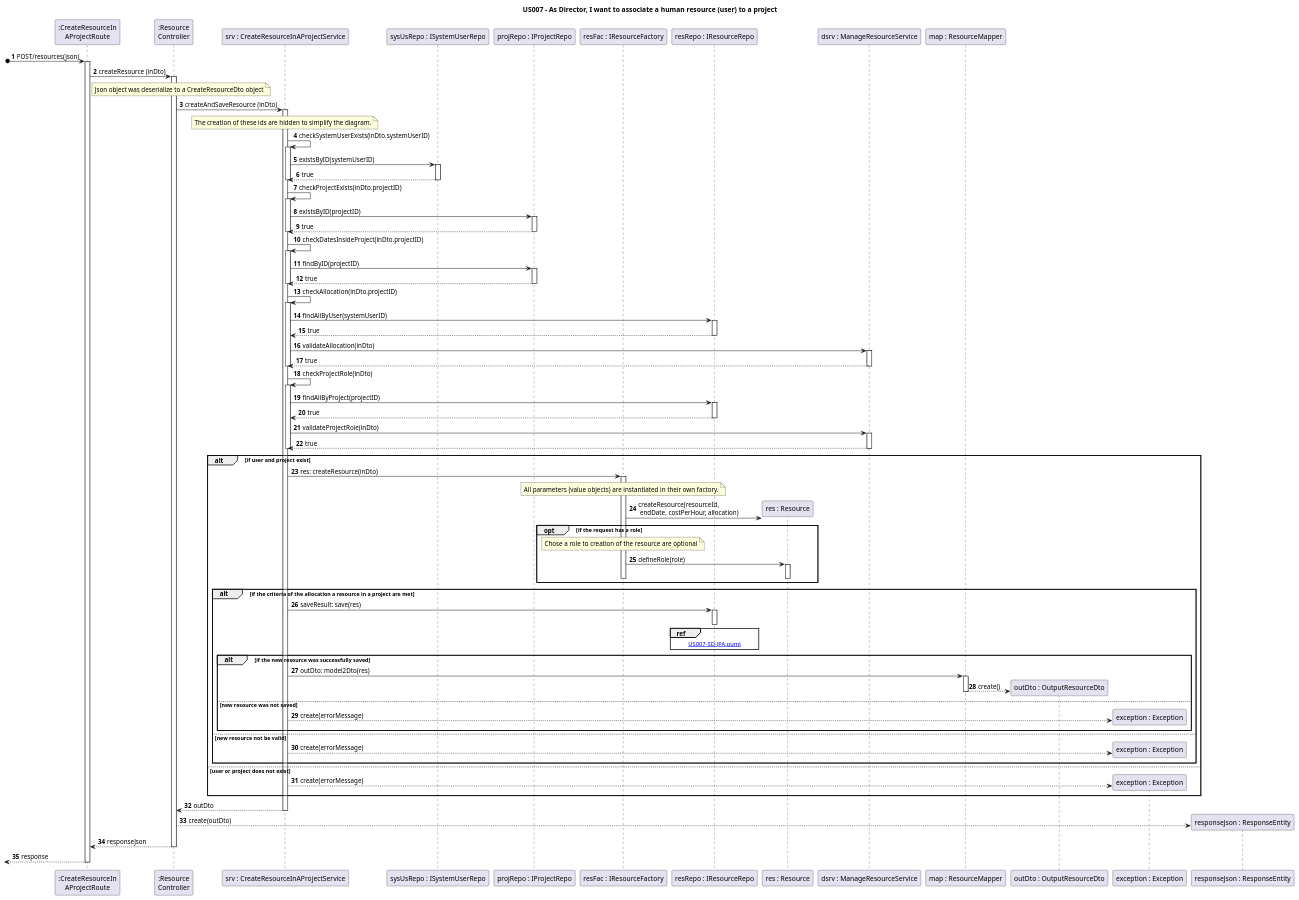
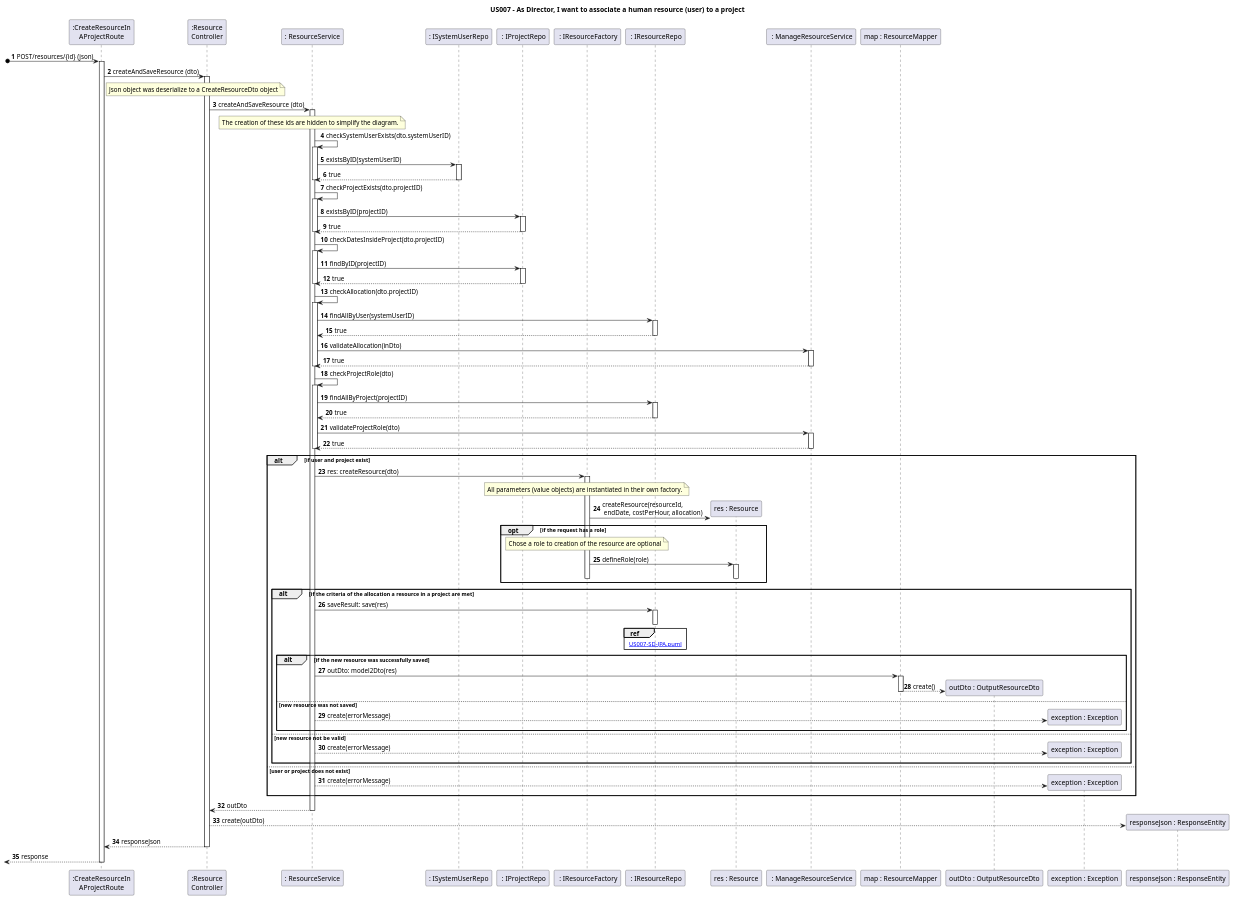
The diagram in docs/Sprint1/US007/US007-SD.puml (nunogon1211787/projectManagement), drawn with PlantUML before and after one commit. The commit also changed 4 other files, not shown here.

```diff
--- a/docs/Sprint1/US007/US007-SD.puml
+++ b/docs/Sprint1/US007/US007-SD.puml
@@ -1,90 +1,90 @@
 @startuml
 'https://plantuml.com/sequence-diagram
 
 title US007 - As Director, I want to associate a human resource (user) to a project
 
 autoactivate on
 autonumber
 
 participant ":CreateResourceIn\nAProjectRoute" as Route
 participant ":Resource\nController" as Ctrl
-participant "srv : CreateResourceInAProjectService" as srv
-participant "sysUsRepo : ISystemUserRepo" as systemUserStore
-participant "projRepo : IProjectRepo" as projectStore
-participant "resFac : IResourceFactory" as resourceFactory
-participant "resRepo : IResourceRepo" as resourceStore
+participant ": ResourceService" as srv
+participant ": ISystemUserRepo" as systemUserStore
+participant " : IProjectRepo" as projectStore
+participant " : IResourceFactory" as resourceFactory
+participant " : IResourceRepo" as resourceStore
 participant "res : Resource" as resource
-participant "dsrv : ManageResourceService" as domainService
+participant " : ManageResourceService" as domainService
 participant "map : ResourceMapper" as map
 participant "outDto : OutputResourceDto" as outDto
 participant "exception : Exception" as exc
 participant "responseJson : ResponseEntity" as json
 
-[o-> Route:  POST/resources(json)
-Route -> Ctrl: createResource (inDto)
+[o-> Route:  POST/resources/{id} (json)
+Route -> Ctrl: createAndSaveResource (dto)
 note right Route: Json object was deserialize to a CreateResourceDto object
-Ctrl -> srv: createAndSaveResource (inDto)
+Ctrl -> srv: createAndSaveResource (dto)
 
 note over srv : The creation of these ids are hidden to simplify the diagram.
-srv -> srv: checkSystemUserExists(inDto.systemUserID)
+srv -> srv: checkSystemUserExists(dto.systemUserID)
 srv -> systemUserStore: existsByID(systemUserID)
 systemUserStore --> srv: true
 deactivate srv
-srv -> srv: checkProjectExists(inDto.projectID)
+srv -> srv: checkProjectExists(dto.projectID)
 srv -> projectStore: existsByID(projectID)
 projectStore --> srv: true
 deactivate srv
-srv -> srv: checkDatesInsideProject(inDto.projectID)
+srv -> srv: checkDatesInsideProject(dto.projectID)
 srv -> projectStore: findByID(projectID)
 projectStore --> srv: true
 deactivate srv
-srv -> srv: checkAllocation(inDto.projectID)
+srv -> srv: checkAllocation(dto.projectID)
 srv -> resourceStore: findAllByUser(systemUserID)
 resourceStore --> srv: true
 srv -> domainService: validateAllocation(inDto)
 domainService --> srv: true
 deactivate srv
-srv -> srv: checkProjectRole(inDto)
+srv -> srv: checkProjectRole(dto)
 srv -> resourceStore: findAllByProject(projectID)
 resourceStore --> srv: true
-srv -> domainService: validateProjectRole(inDto)
+srv -> domainService: validateProjectRole(dto)
 domainService --> srv: true
 deactivate srv
 
 
 alt if user and project exist
-srv -> resourceFactory: res: createResource(inDto)
+srv -> resourceFactory: res: createResource(dto)
 note over resourceFactory : All parameters (value objects) are instantiated in their own factory.
 resourceFactory -> resource**: createResource(resourceId, \n endDate, costPerHour, allocation)
 opt if the request has a role
 note over resourceFactory : Chose a role to creation of the resource are optional
 resourceFactory -> resource :defineRole(role)
 deactivate resourceFactory
 deactivate resource
 end
 
 alt if the criteria of the allocation a resource in a project are met
 srv -> resourceStore: saveResult: save(res)
 ref over resourceStore: [[US007-SD-JPA.puml]]
 deactivate
 
 alt if the new resource was successfully saved
 srv -> map : outDto: model2Dto(res)
 map --> outDto** : create()
 deactivate
 
 else new resource was not saved
 srv --> exc** : create(errorMessage)
 end
 else new resource not be valid
 srv --> exc** : create(errorMessage)
 end
 else user or project does not exist
 srv --> exc** : create(errorMessage)
 end
 srv --> Ctrl: outDto
 Ctrl --> json**: create(outDto)
 Ctrl --> Route: responseJson
 [<--Route: response
 
 @enduml
```
